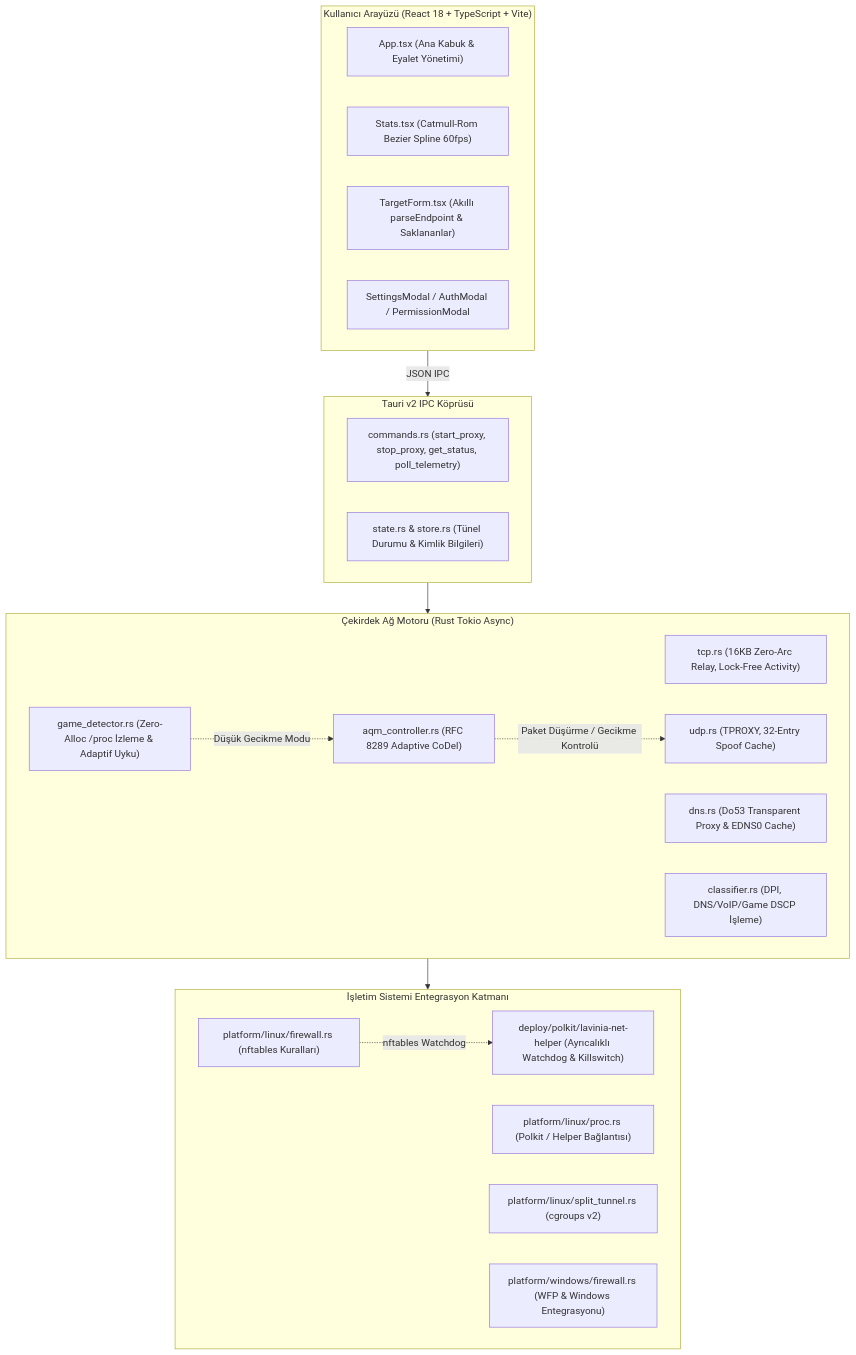
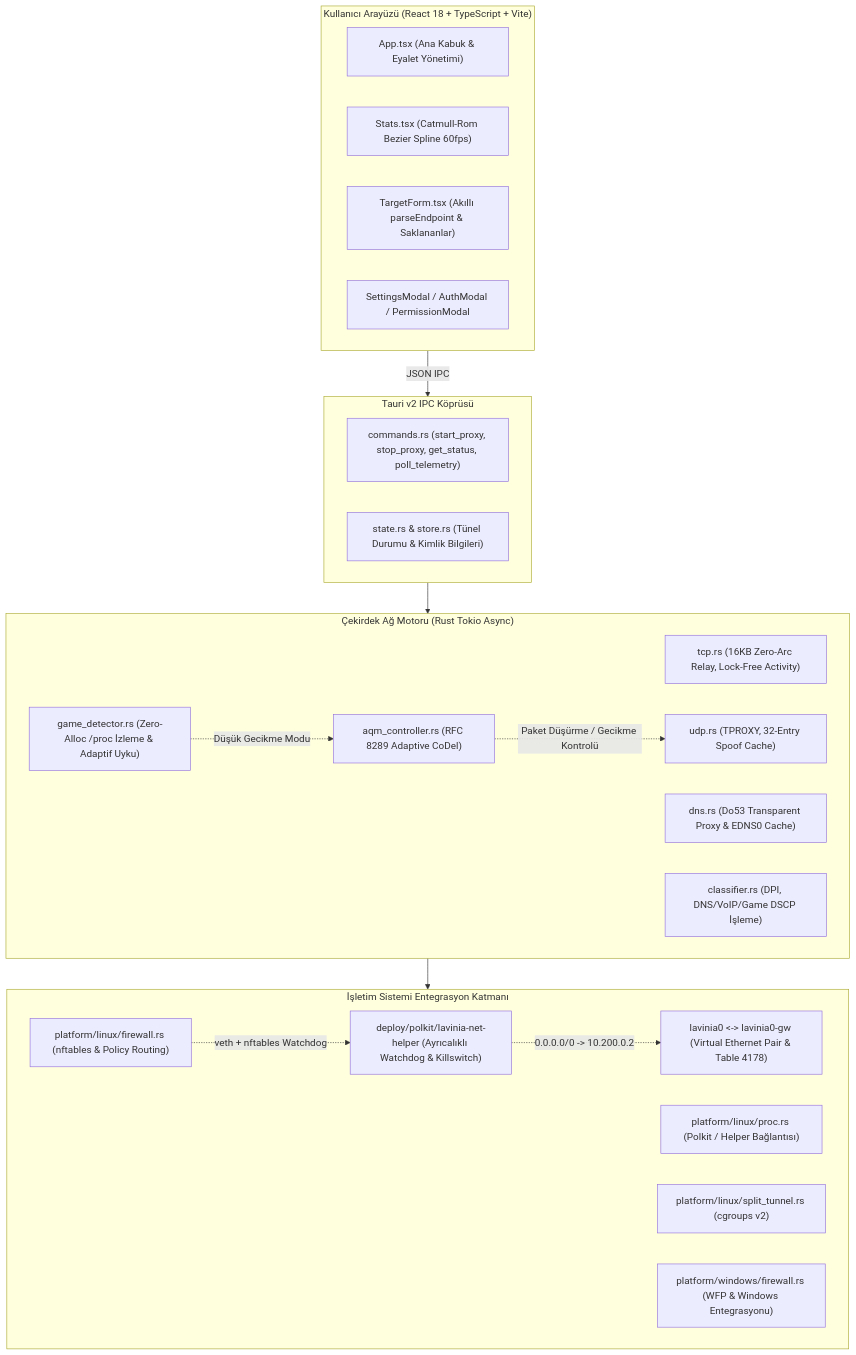
Before and after one commit to AFKLavinia/LaviniaOS-Proxy: the diagram in maps.md, drawn with Mermaid. The commit also changed other lines of this file and 20 other files, not shown here.

Commit message:
feat(linux): implement lavinia0 veth routing and complete workspace packaging structure

````diff
--- a/maps.md
+++ b/maps.md
@@ -9,38 +9,40 @@
 ```mermaid
 flowchart TD
     subgraph UI ["Kullanıcı Arayüzü (React 18 + TypeScript + Vite)"]
         App["App.tsx (Ana Kabuk & Eyalet Yönetimi)"]
         Stats["Stats.tsx (Catmull-Rom Bezier Spline 60fps)"]
         TargetForm["TargetForm.tsx (Akıllı parseEndpoint & Saklananlar)"]
         Modals["SettingsModal / AuthModal / PermissionModal"]
     end
 
     subgraph IPC ["Tauri v2 IPC Köprüsü"]
         TauriCommands["commands.rs (start_proxy, stop_proxy, get_status, poll_telemetry)"]
         StateStore["state.rs & store.rs (Tünel Durumu & Kimlik Bilgileri)"]
     end
 
     subgraph CoreEngine ["Çekirdek Ağ Motoru (Rust Tokio Async)"]
         TcpRelay["tcp.rs (16KB Zero-Arc Relay, Lock-Free Activity)"]
         UdpRelay["udp.rs (TPROXY, 32-Entry Spoof Cache)"]
         DnsRelay["dns.rs (Do53 Transparent Proxy & EDNS0 Cache)"]
         AQM["aqm_controller.rs (RFC 8289 Adaptive CoDel)"]
         Classifier["classifier.rs (DPI, DNS/VoIP/Game DSCP İşleme)"]
         GameDetector["game_detector.rs (Zero-Alloc /proc İzleme & Adaptif Uyku)"]
     end
 
     subgraph PlatformLayer ["İşletim Sistemi Entegrasyon Katmanı"]
-        LinuxFW["platform/linux/firewall.rs (nftables Kuralları)"]
+        Veth["lavinia0 <-> lavinia0-gw (Virtual Ethernet Pair & Table 4178)"]
+        LinuxFW["platform/linux/firewall.rs (nftables & Policy Routing)"]
         LinuxProc["platform/linux/proc.rs (Polkit / Helper Bağlantısı)"]
         SplitTunnel["platform/linux/split_tunnel.rs (cgroups v2)"]
         Helper["deploy/polkit/lavinia-net-helper (Ayrıcalıklı Watchdog & Killswitch)"]
         WinFW["platform/windows/firewall.rs (WFP & Windows Entegrasyonu)"]
     end
 
     UI -->|JSON IPC| IPC
     IPC --> CoreEngine
     CoreEngine --> PlatformLayer
     GameDetector -.->|Düşük Gecikme Modu| AQM
     AQM -.->|Paket Düşürme / Gecikme Kontrolü| UdpRelay
-    LinuxFW -.->|nftables Watchdog| Helper
+    LinuxFW -.->|veth + nftables Watchdog| Helper
+    Helper -.->|0.0.0.0/0 -> 10.200.0.2| Veth
 ```
````
